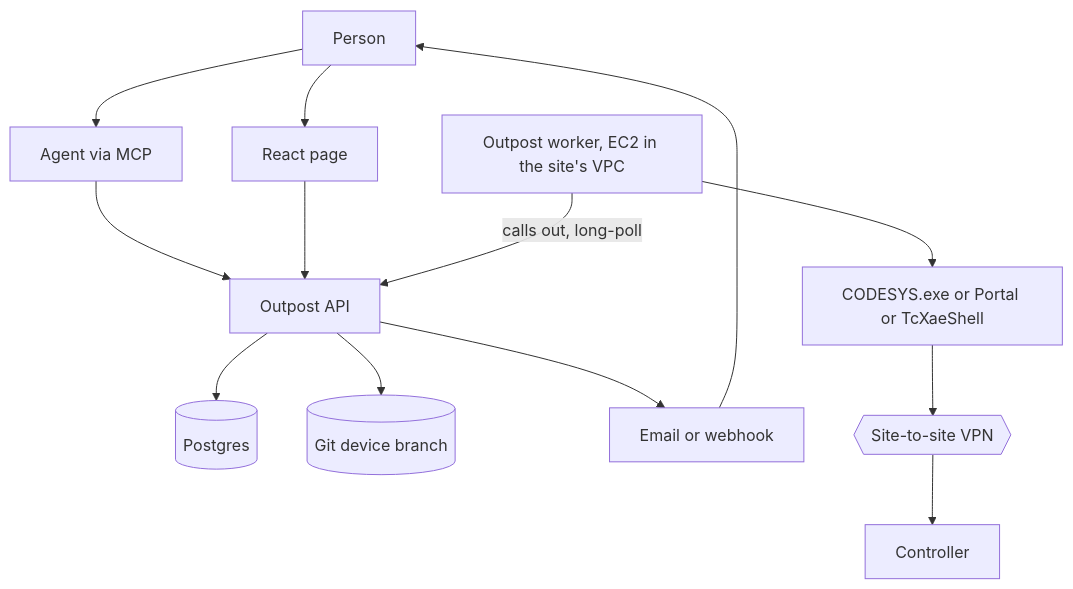
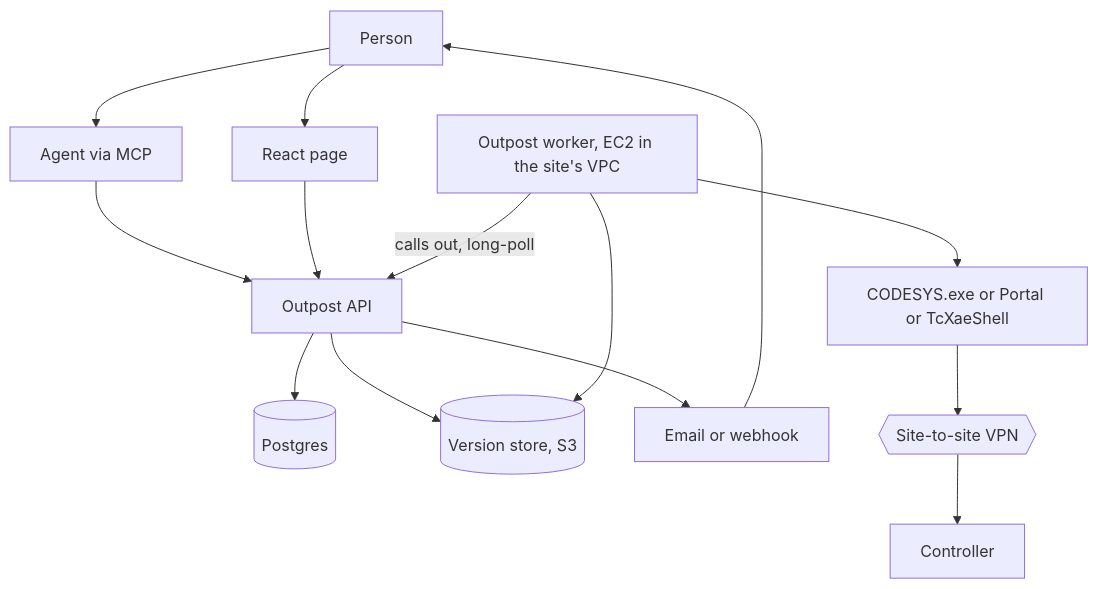
One commit to Jhonatan-fluid/Versio-VersionControlSystem changed the first of 6 diagrams in docs/outpost/PLAN.md. Above: the diagram before and after it, drawn with Mermaid. The commit also changed other lines of this file and 13 other files, not shown here.

````diff
--- a/docs/outpost/PLAN.md
+++ b/docs/outpost/PLAN.md
@@ -107,27 +120,28 @@
 ```mermaid
 flowchart TB
   person[Person]
   agent[Agent via MCP]
   web[React page]
   api[Outpost API]
   db[(Postgres)]
-  git[(Git device branch)]
+  store[(Version store, S3)]
   worker[Outpost worker, EC2 in the site's VPC]
   notify[Email or webhook]
   ide["CODESYS.exe or Portal or TcXaeShell"]
   vpn{{Site-to-site VPN}}
   plc[Controller]
 
   person --> web
   person --> agent
   agent --> api
   web --> api
   api --> db
-  api --> git
+  api --> store
+  worker --> store
   api --> notify
   notify --> person
   worker -->|"calls out, long-poll"| api
   worker --> ide
   ide --> vpn
   vpn --> plc
 ```
````
